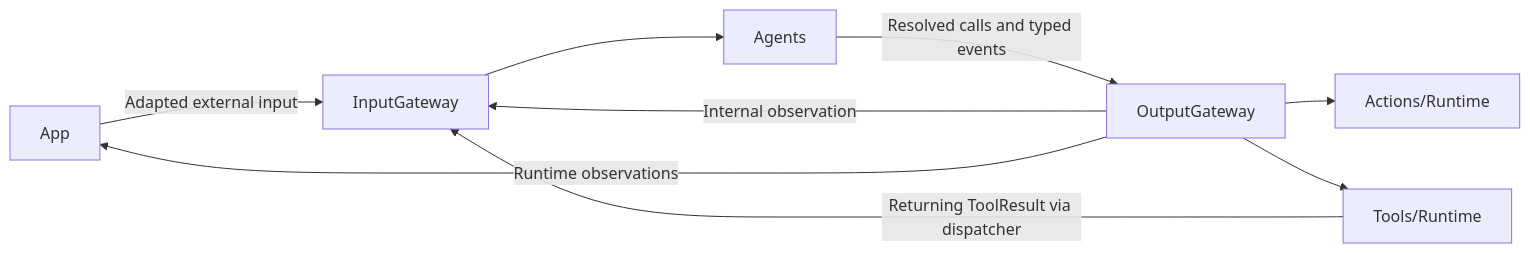
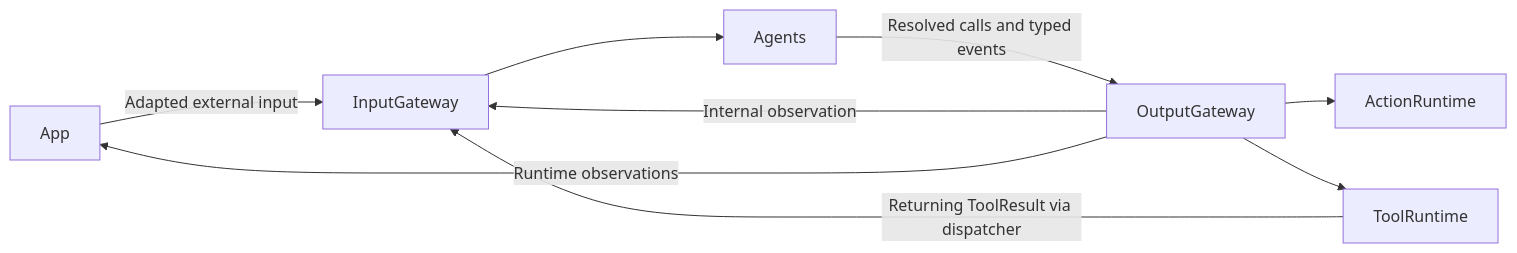
Before and after one commit to devilyouwei/MobileHarness: the first of 2 diagrams in MobileHarness/Gateway/README.md, drawn with Mermaid. The commit also changed other lines of this file and 10 other files, not shown here.

````diff
--- a/MobileHarness/Gateway/README.md
+++ b/MobileHarness/Gateway/README.md
@@ -24,11 +26,11 @@
 ```mermaid
 flowchart LR
     App -->|Adapted external input| Input[InputGateway]
     Input --> Agents
     Agents -->|Resolved calls and typed events| Output[OutputGateway]
     Output -->|Internal observation| Input
-    Output --> ActionExecution[Actions/Runtime]
-    Output --> ToolExecution[Tools/Runtime]
+    Output --> ActionExecution[ActionRuntime]
+    Output --> ToolExecution[ToolRuntime]
     ToolExecution -->|Returning ToolResult via dispatcher| Input
     Output -->|Runtime observations| App
 ```
````
